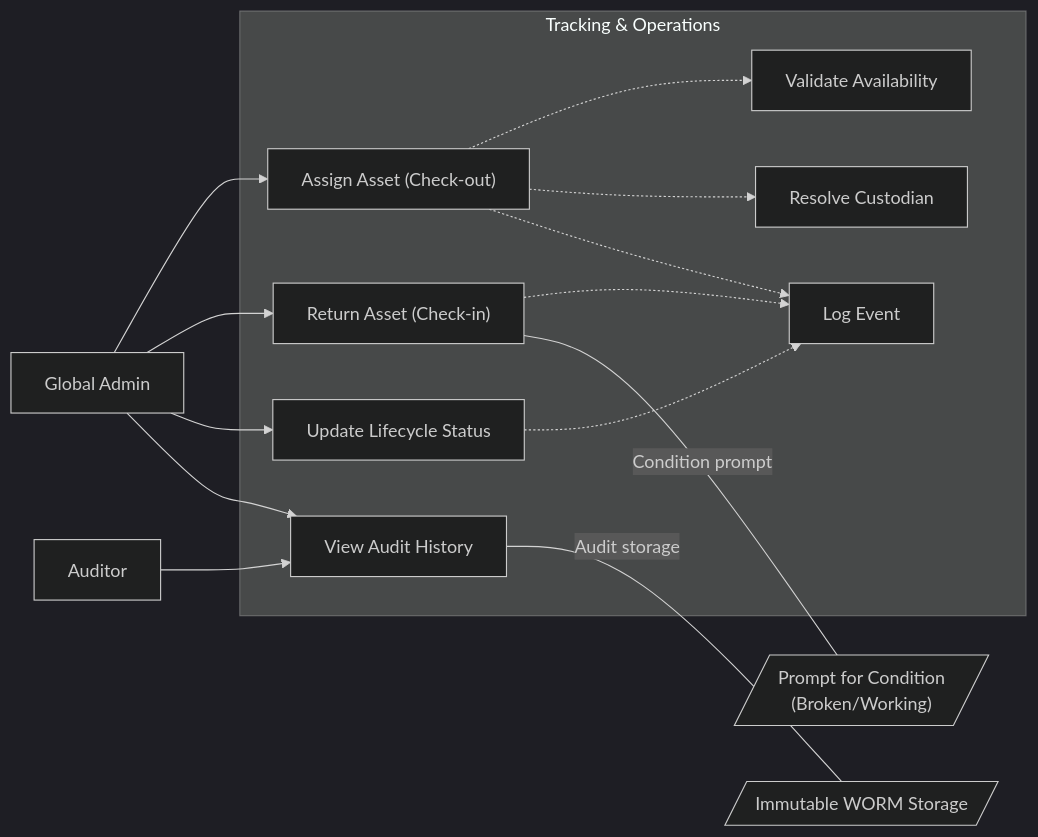
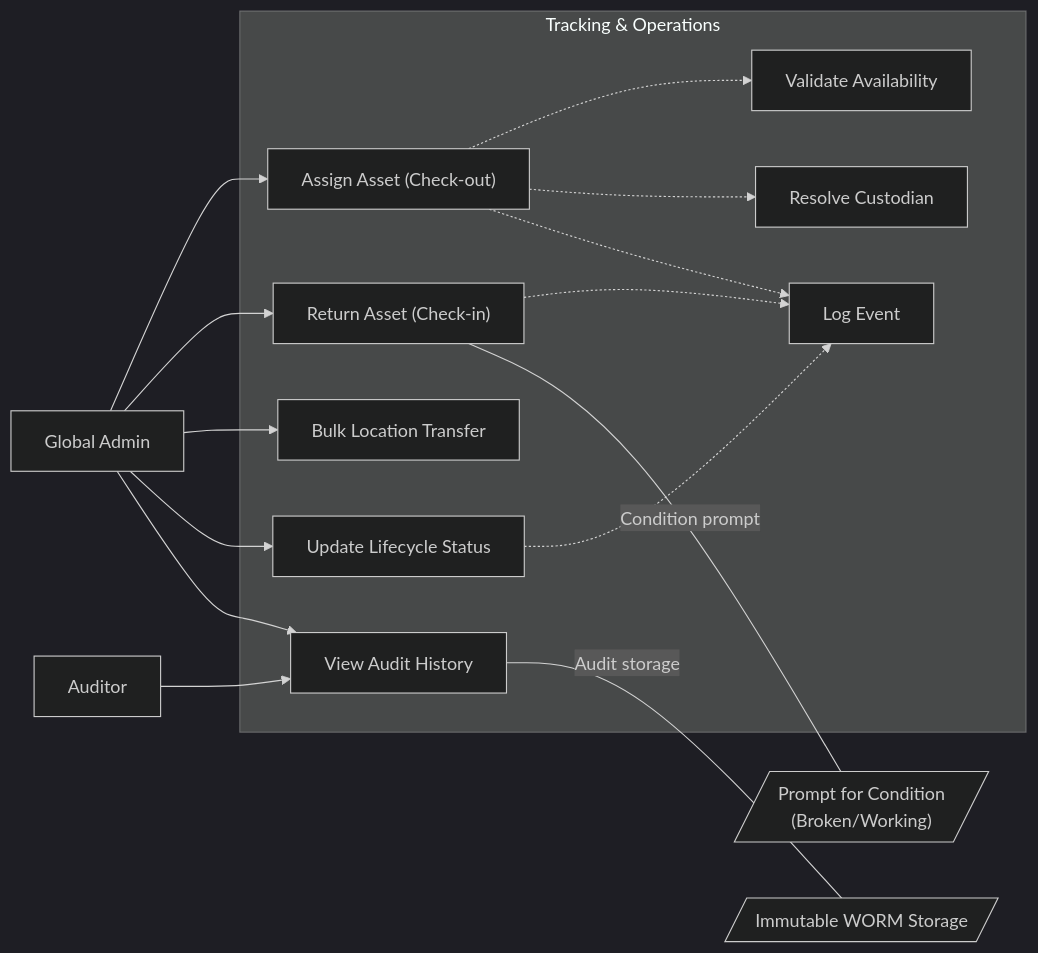
One commit to adithyadilum/it-asset-management-system changed the second of 2 diagrams in docs/1_requirements/user-story-specs/03-tracking-operations.md. Above: the diagram before and after it, drawn with Mermaid (dark theme). The commit also changed other lines of this file and 3 other files, not shown here.

````diff
--- a/docs/1_requirements/user-story-specs/03-tracking-operations.md
+++ b/docs/1_requirements/user-story-specs/03-tracking-operations.md
@@ -219,38 +257,40 @@
 ```mermaid
 flowchart LR
     %% Actors
     Admin["Global Admin"]
     Auditor["Auditor"]
 
     %% Tracking & Operations Package
     subgraph TrackingOps["Tracking & Operations"]
         UC_Assign["Assign Asset (Check-out)"]
         UC_Return["Return Asset (Check-in)"]
+        UC_Bulk["Bulk Location Transfer"]
         UC_Status["Update Lifecycle Status"]
         UC_History["View Audit History"]
 
         %% Logical includes
         UC_ValAvail["Validate Availability"]
         UC_Log["Log Event"]
         UC_Cust["Resolve Custodian"]
     end
 
     %% Actor interactions
     Admin --> UC_Assign
     Admin --> UC_Return
+    Admin --> UC_Bulk
     Admin --> UC_Status
     Admin --> UC_History
     Auditor --> UC_History
 
     %% Include relationships (dashed arrows)
     UC_Assign -.-> UC_ValAvail
     UC_Assign -.-> UC_Cust
     UC_Assign -.-> UC_Log
 
     UC_Return -.-> UC_Log
     UC_Status -.-> UC_Log
 
     %% Notes
     UC_Return ---|Condition prompt| ReturnNote[/"Prompt for Condition\n(Broken/Working)"/]
     UC_History ---|Audit storage| HistoryNote[/"Immutable WORM Storage"/]
 ```
````
